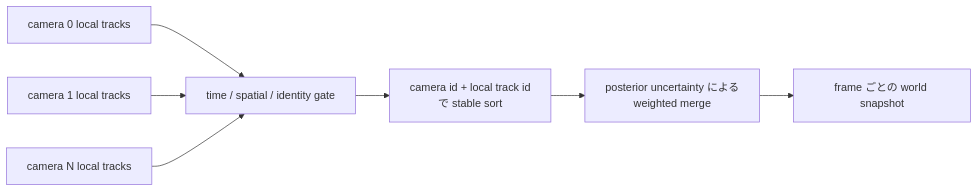
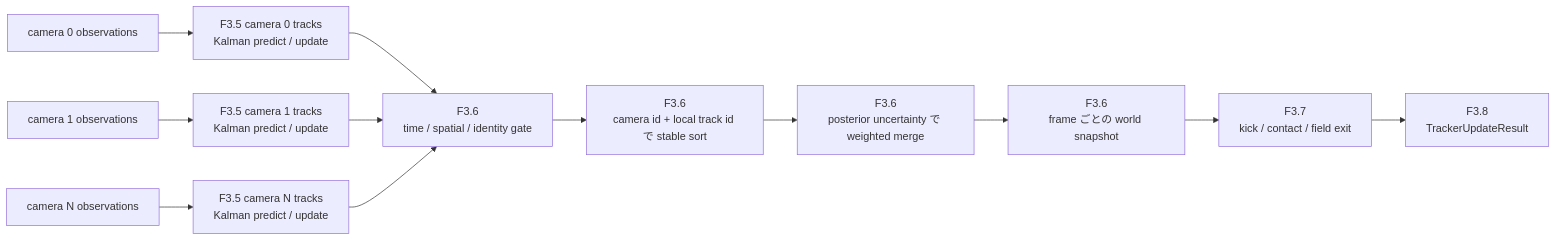
The sixth of 11 diagrams in Tracker/Design/Core/tracker-architecture-plan.md (ibis-ssl/Duck), drawn with Mermaid before and after one commit. The commit also changed other lines of this file, not shown here.

Commit message:
docs(tracker): 全体フローと詳細図の対応を明示する

````diff
--- a/Tracker/Design/Core/tracker-architecture-plan.md
+++ b/Tracker/Design/Core/tracker-architecture-plan.md
@@ -199,15 +267,15 @@
 ```mermaid
 flowchart LR
-    C0["camera 0 local tracks"]
-    C1["camera 1 local tracks"]
-    CN["camera N local tracks"]
-    Gate["time / spatial / identity gate"]
-    Sort["camera id + local track id<br/>で stable sort"]
-    Weighted["posterior uncertainty による<br/>weighted merge"]
-    World["frame ごとの world snapshot"]
+    D0["camera 0 observations"] --> Cam0["F3.5 camera 0 tracks<br/>Kalman predict / update"]
+    D1["camera 1 observations"] --> Cam1["F3.5 camera 1 tracks<br/>Kalman predict / update"]
+    DN["camera N observations"] --> CamN["F3.5 camera N tracks<br/>Kalman predict / update"]
 
-    C0 --> Gate
-    C1 --> Gate
-    CN --> Gate
-    Gate --> Sort --> Weighted --> World
+    Cam0 --> Gate["F3.6<br/>time / spatial / identity gate"]
+    Cam1 --> Gate
+    CamN --> Gate
+    Gate --> Sort["F3.6<br/>camera id + local track id で stable sort"]
+    Sort --> Weighted["F3.6<br/>posterior uncertainty で weighted merge"]
+    Weighted --> World["F3.6<br/>frame ごとの world snapshot"]
+    World --> Domain["F3.7<br/>kick / contact / field exit"]
+    Domain --> Result["F3.8<br/>TrackerUpdateResult"]
 ```
````
